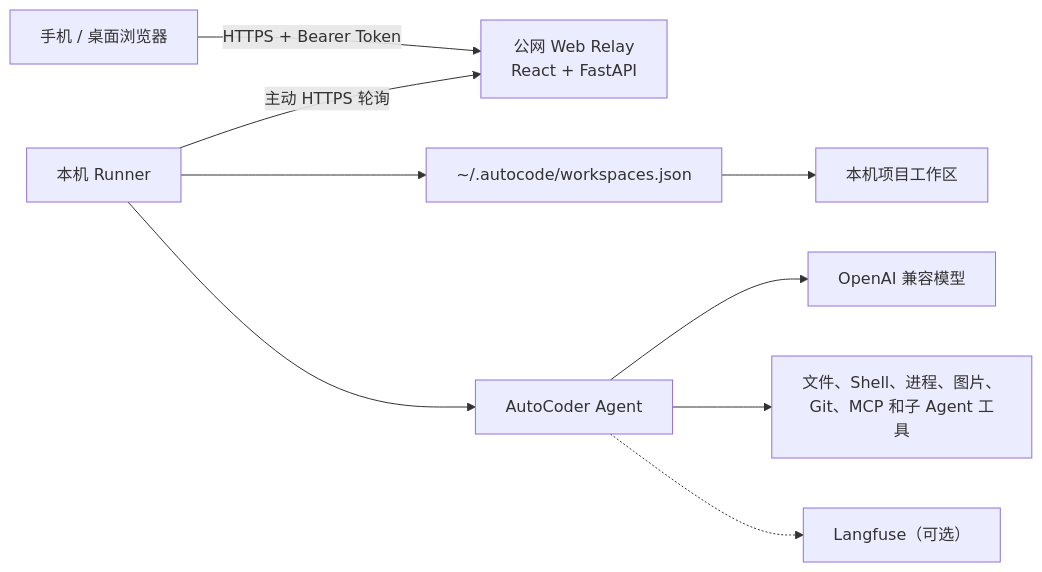
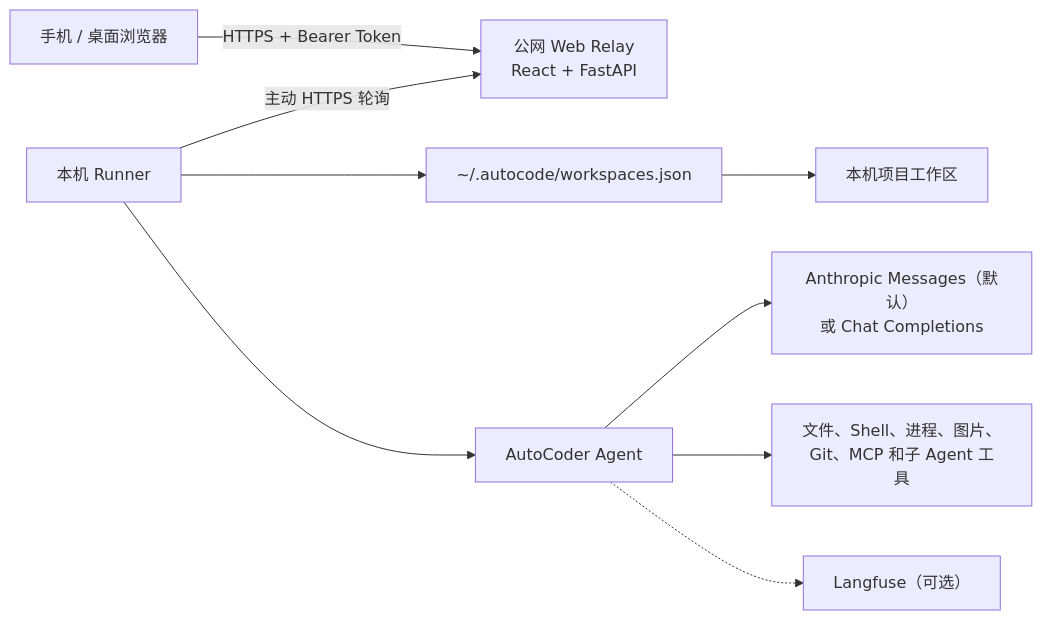
The diagram in README_CN.md (xx2201/AutoCode), drawn with Mermaid before and after one commit. The commit also changed other lines of this file and 16 other files, not shown here.

Commit message:
feat: add native Anthropic Messages protocol

````diff
--- a/README_CN.md
+++ b/README_CN.md
@@ -14,11 +14,11 @@
 ```mermaid
 flowchart LR
     Browser["手机 / 桌面浏览器"] -->|"HTTPS + Bearer Token"| Relay["公网 Web Relay<br/>React + FastAPI"]
     Runner["本机 Runner"] -->|"主动 HTTPS 轮询"| Relay
     Runner --> Registry["~/.autocode/workspaces.json"]
     Registry --> Workspace["本机项目工作区"]
     Runner --> Agent["AutoCoder Agent"]
-    Agent --> Model["OpenAI 兼容模型"]
+    Agent --> Model["Anthropic Messages（默认）<br/>或 Chat Completions"]
     Agent --> Tools["文件、Shell、进程、图片、<br/>Git、MCP 和子 Agent 工具"]
     Agent -.-> Langfuse["Langfuse（可选）"]
 ```
````
